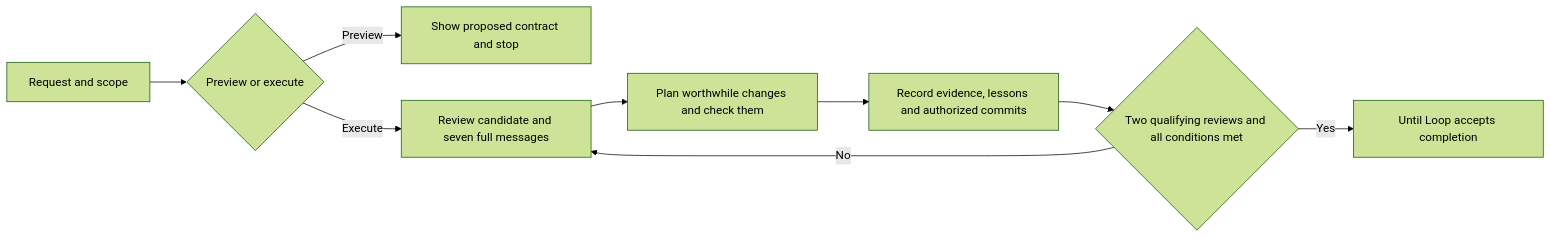
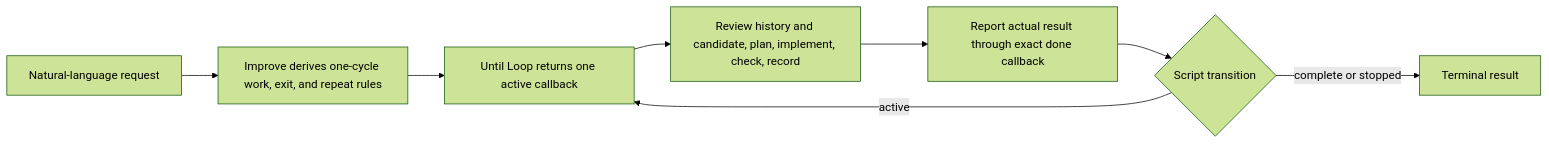
The diagram in examples/improve/README.md (whichguy/until-loop), drawn with Mermaid (forest theme) before and after one commit. The commit also changed other lines of this file and 49 other files, not shown here.

First line of the commit message:
feat: drive new Until Loop and Improve runs with ephemeral callbacks

````diff
--- a/examples/improve/README.md
+++ b/examples/improve/README.md
@@ -3,11 +3,10 @@
 ```mermaid
 flowchart LR
-    Request[Request and scope] --> Mode{Preview or execute}
-    Mode -->|Preview| Preview[Show proposed contract and stop]
-    Mode -->|Execute| Review[Review candidate and seven full messages]
-    Review --> Work[Plan worthwhile changes and check them]
-    Work --> Record[Record evidence, lessons and authorized commits]
-    Record --> Assess{Two qualifying reviews and all conditions met}
-    Assess -->|No| Review
-    Assess -->|Yes| Done[Until Loop accepts completion]
+    Request[Natural-language request] --> Contract[Improve derives one-cycle work, exit, and repeat rules]
+    Contract --> Packet[Until Loop returns one active callback]
+    Packet --> Cycle[Review history and candidate, plan, implement, check, record]
+    Cycle --> Report[Report actual result through exact done callback]
+    Report --> Decision{Script transition}
+    Decision -->|active| Packet
+    Decision -->|complete or stopped| End[Terminal result]
 ```
````
